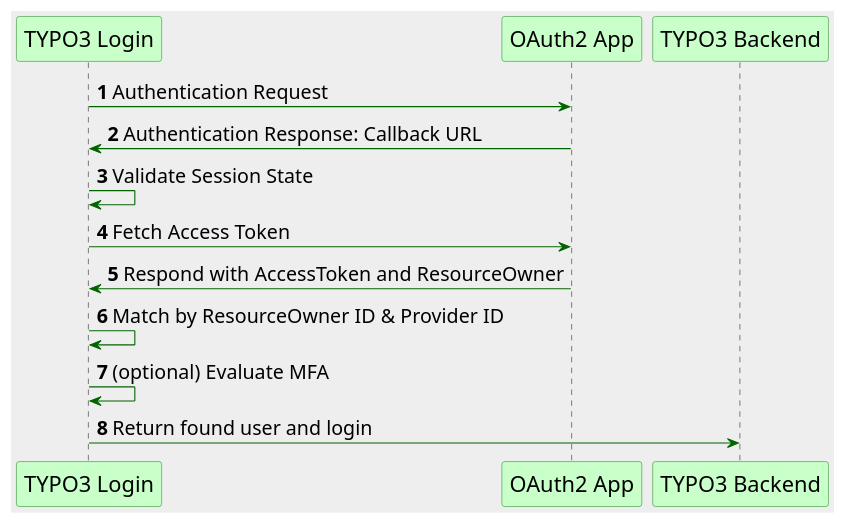
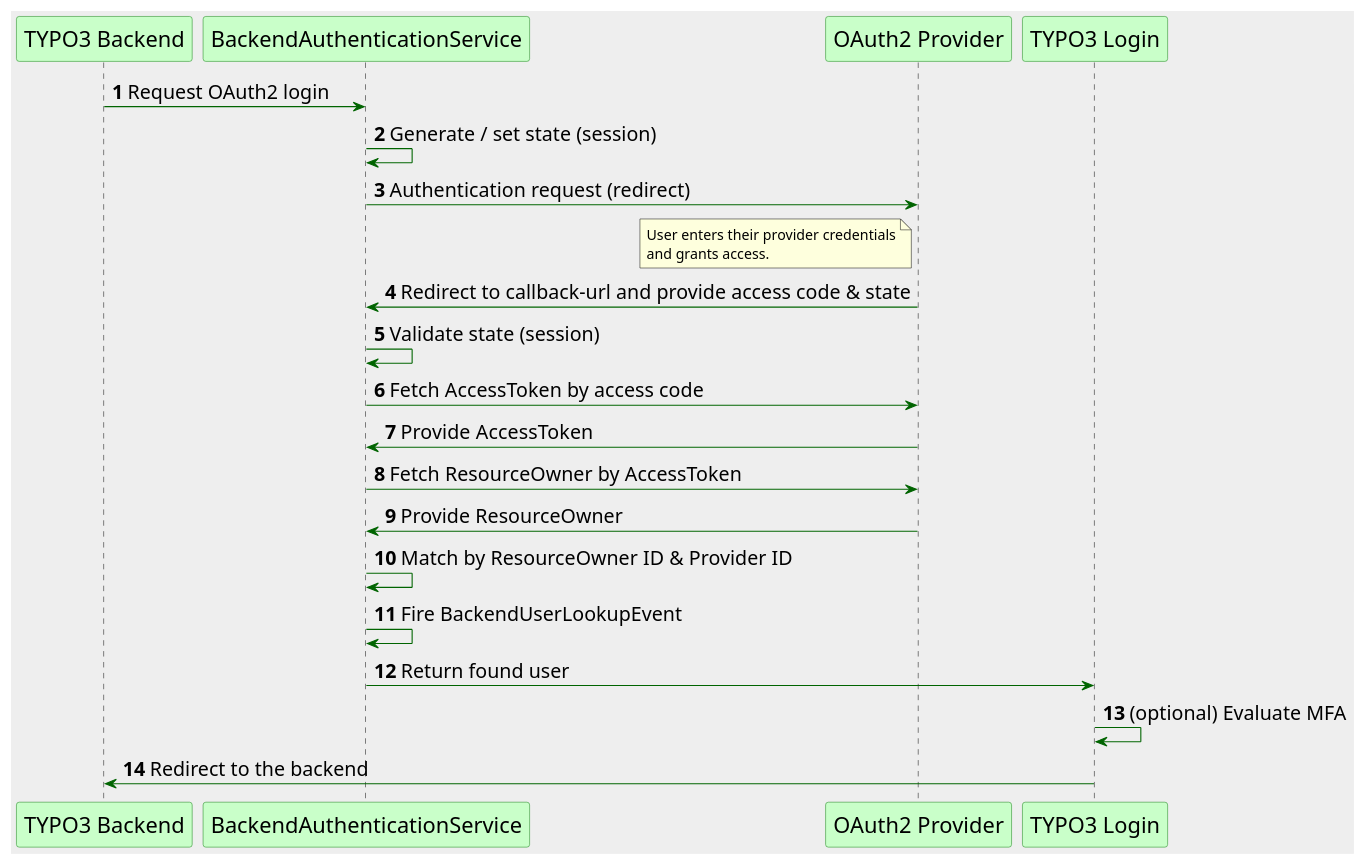
One commit to jswebguru/OAuth2-client changed the first of 4 diagrams in Documentation/Developers/Index.rst. Above: the diagram before and after it, drawn with PlantUML. The commit also changed other lines of this file and 191 other files, not shown here.

```diff
--- a/Documentation/Developers/Index.rst
+++ b/Documentation/Developers/Index.rst
@@ -15,22 +15,34 @@
 .. uml::
 
    skinparam backgroundColor #EEE
    skinparam handwritten false
    skinparam sequence {
        ArrowColor DarkGreen
        ArrowFontSize 18
        ParticipantBorderColor ForestGreen
        ParticipantFontSize 20
        ParticipantBackgroundColor TECHNOLOGY
    }
 
    autonumber
 
-   "TYPO3 Login" -> "OAuth2 App": Authentication Request
-   "OAuth2 App" -> "TYPO3 Login": Authentication Response: Callback URL
-   "TYPO3 Login" -> "TYPO3 Login": Validate Session State
-   "TYPO3 Login" -> "OAuth2 App": Fetch Access Token
-   "OAuth2 App" -> "TYPO3 Login": Respond with AccessToken and ResourceOwner
-   "TYPO3 Login" -> "TYPO3 Login": Match by ResourceOwner ID & Provider ID
+   "TYPO3 Backend" -> "BackendAuthenticationService": Request OAuth2 login
+   "BackendAuthenticationService" -> "BackendAuthenticationService": Generate / set state (session)
+   "BackendAuthenticationService" -> "OAuth2 Provider": Authentication request (redirect)
+   note left of "OAuth2 Provider"
+       User enters their provider credentials
+       and grants access.
+   end note
+   "OAuth2 Provider" -> "BackendAuthenticationService": Redirect to callback-url and provide access code & state
+   "BackendAuthenticationService" -> "BackendAuthenticationService": Validate state (session)
+   "BackendAuthenticationService" -> "OAuth2 Provider": Fetch AccessToken by access code
+   "OAuth2 Provider" -> "BackendAuthenticationService": Provide AccessToken
+   "BackendAuthenticationService" -> "OAuth2 Provider": Fetch ResourceOwner by AccessToken
+   "OAuth2 Provider" -> "BackendAuthenticationService": Provide ResourceOwner
+   "BackendAuthenticationService" -> "BackendAuthenticationService": Match by ResourceOwner ID & Provider ID
+   "BackendAuthenticationService" -> "BackendAuthenticationService": Fire BackendUserLookupEvent
+   "BackendAuthenticationService" -> "TYPO3 Login": Return found user
    "TYPO3 Login" -> "TYPO3 Login": (optional) Evaluate MFA
-   "TYPO3 Login" -> "TYPO3 Backend": Return found user and login
+   "TYPO3 Login" -> "TYPO3 Backend": Redirect to the backend
+
+   @enduml
```
